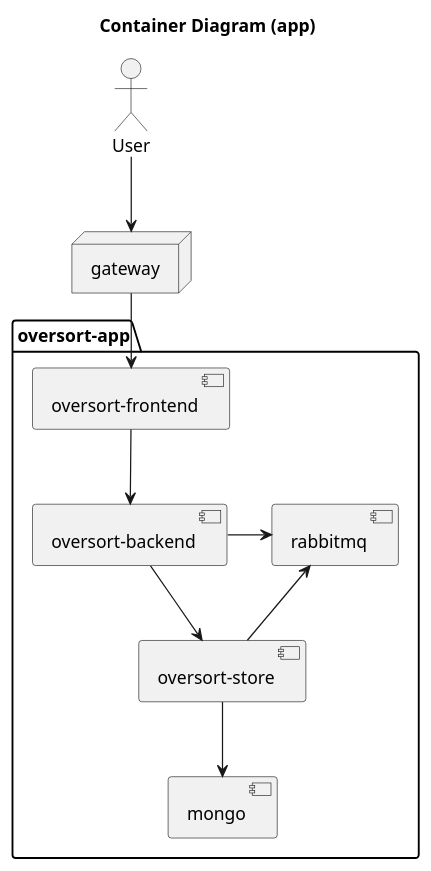
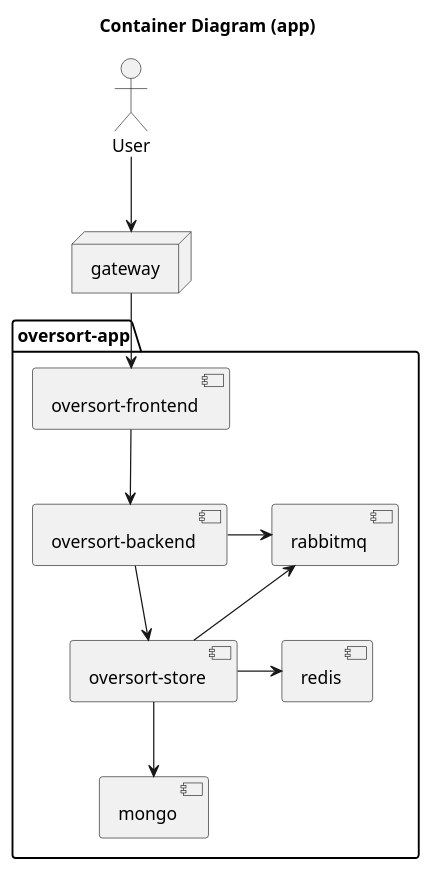
The diagram in docs/diagrams/container_app.puml (jamro/oversort), drawn with PlantUML before and after one commit. The commit also changed 6 other files, not shown here.

```diff
--- a/docs/diagrams/container_app.puml
+++ b/docs/diagrams/container_app.puml
@@ -1,25 +1,27 @@
 @startuml
 
 title Container Diagram (app)
 
 actor User
 node gateway
 
 package "oversort-app" {
   [oversort-frontend]
   [oversort-backend]
   [oversort-store]
   [mongo]
+  [redis]
   [rabbitmq]
   [oversort-frontend] --> [oversort-backend]
   [oversort-backend] -right-> [rabbitmq]
   [oversort-backend] --> [oversort-store]
   [rabbitmq] <-- [oversort-store]
   [oversort-store] --> [mongo]
+  [oversort-store] -right-> [redis]
 
 }
 
 User --> [gateway]
 [gateway] --> [oversort-frontend]
 
 @enduml
```
